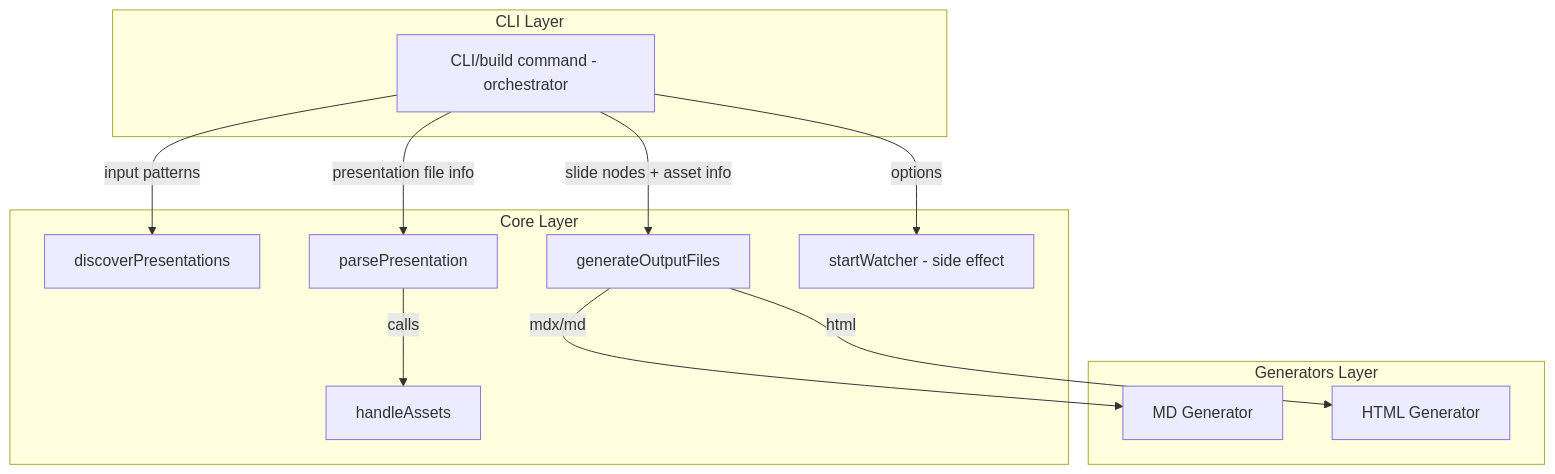
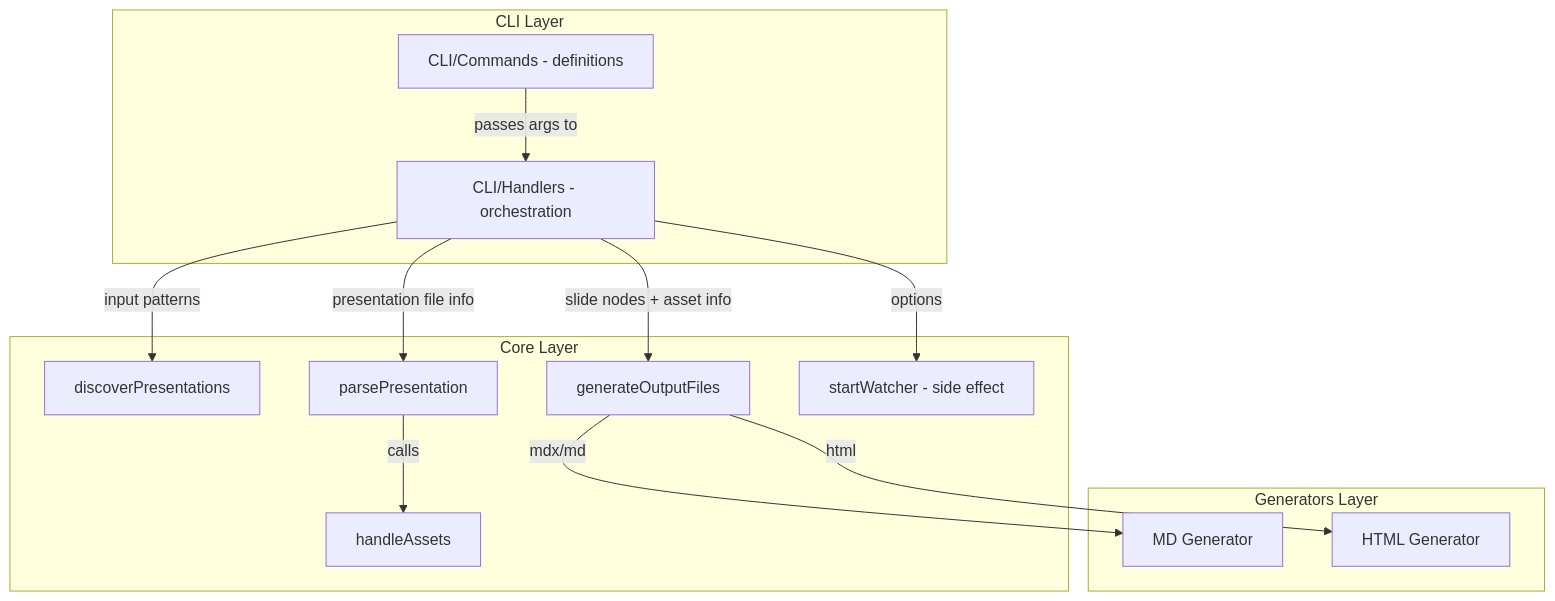
Before and after one commit to ajelinek/parse-a-slide: the diagram in _doc/diagrams/code.md, drawn with Mermaid. The commit also changed other lines of this file and 7 other files, not shown here.

Commit message:
Refactor CLI command structure: separate command definitions and handlers into distinct files; update documentation and tests accordingly.

````diff
--- a/_doc/diagrams/code.md
+++ b/_doc/diagrams/code.md
@@ -5,34 +5,37 @@
 ```mermaid
 flowchart TD
-    CLI[CLI/build command - orchestrator]
+    Commands[CLI/Commands - definitions]
+    Handlers[CLI/Handlers - orchestration]
     Discover[discoverPresentations]
     Parser[parsePresentation]
     Assets[handleAssets]
     Generator[generateOutputFiles]
     Watcher[startWatcher - side effect]
     MDGen[MD Generator]
     HTMLGen[HTML Generator]
 
-    CLI -->|input patterns| Discover
-    CLI -->|presentation file info| Parser
+    Commands -->|passes args to| Handlers
+    Handlers -->|input patterns| Discover
+    Handlers -->|presentation file info| Parser
     Parser -->|calls| Assets
-    CLI -->|slide nodes + asset info| Generator
-    CLI -->|options| Watcher
+    Handlers -->|slide nodes + asset info| Generator
+    Handlers -->|options| Watcher
     Generator -->|mdx/md| MDGen
     Generator -->|html| HTMLGen
 
     subgraph CLI_Module[CLI Layer]
-      CLI
+      Commands
+      Handlers
     end
     subgraph Core_Module[Core Layer]
       Discover
       Parser
       Assets
       Generator
       Watcher
     end
     subgraph Generators_Module[Generators Layer]
       MDGen
       HTMLGen
     end
 ```
````
